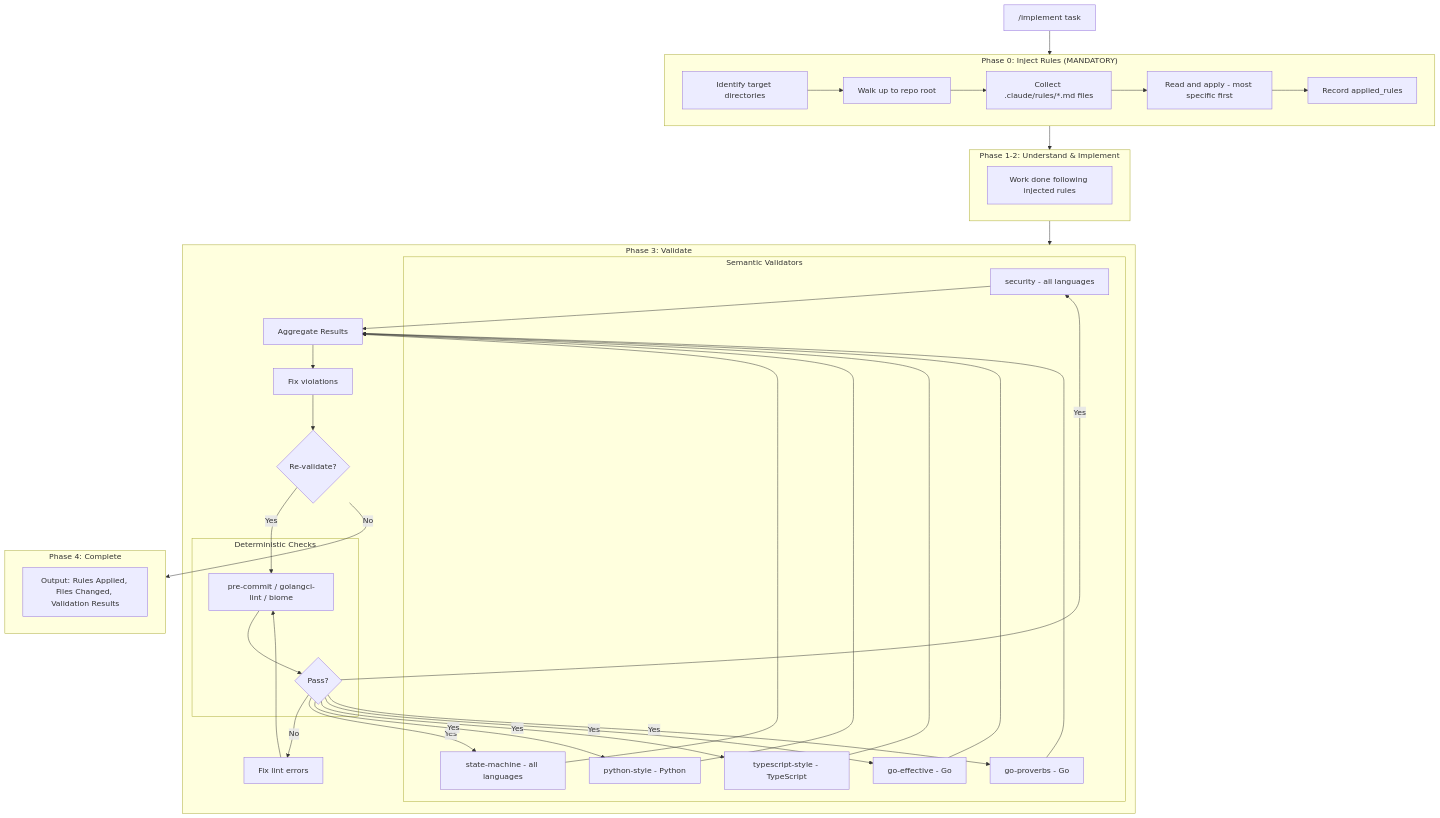
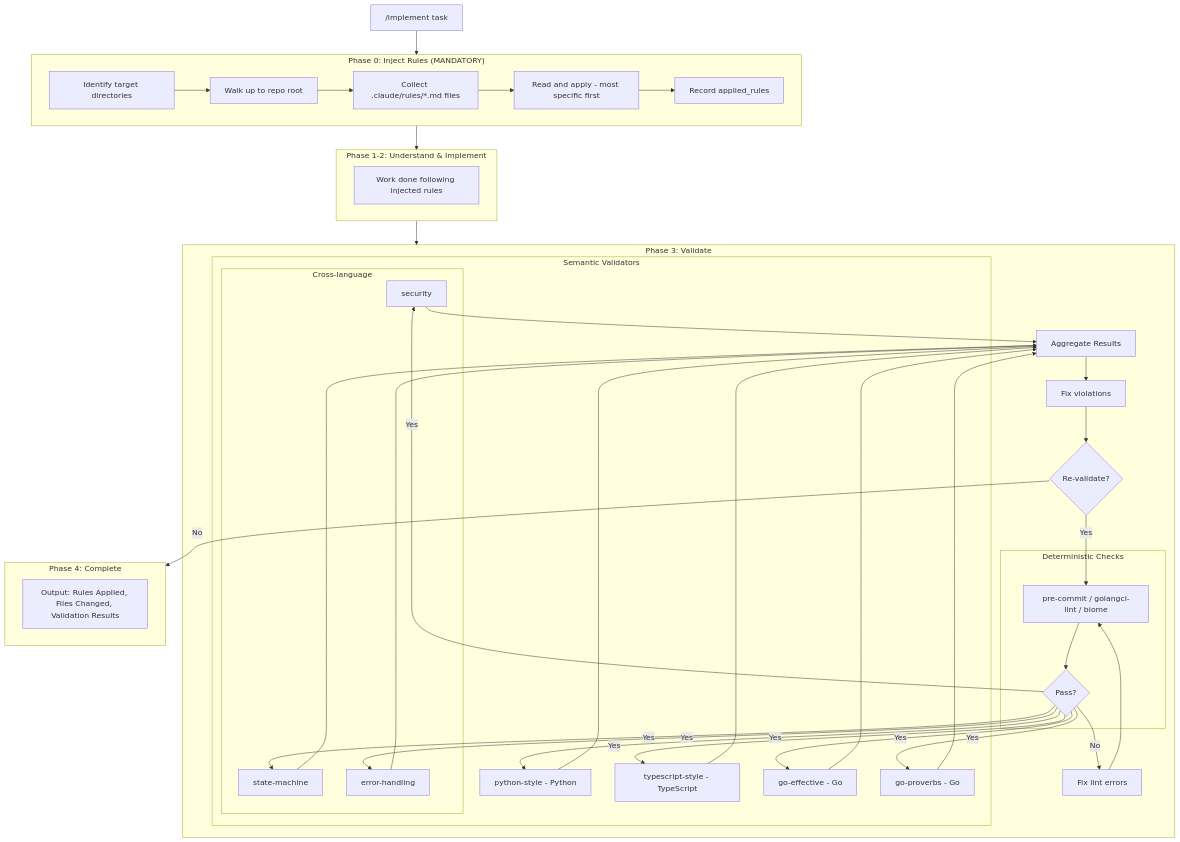
One commit to peteski22/agent-pragma changed the fourth of 7 diagrams in ARCHITECTURE.md. Above: the diagram before and after it, drawn with Mermaid. The commit also changed other lines of this file and 12 other files, not shown here.

First line of the commit message:
Add error-handling cross-language validator (#108)

````diff
--- a/ARCHITECTURE.md
+++ b/ARCHITECTURE.md
@@ -229,53 +234,56 @@
 ```mermaid
 flowchart TD
     subgraph Phase0["Phase 0: Inject Rules (MANDATORY)"]
         P0A[Identify target directories]
         P0B[Walk up to repo root]
         P0C[Collect .claude/rules/*.md files]
         P0D[Read and apply - most specific first]
         P0E[Record applied_rules]
         P0A --> P0B --> P0C --> P0D --> P0E
     end
 
     subgraph Phase12["Phase 1-2: Understand & Implement"]
         P12[Work done following injected rules]
     end
 
     subgraph Phase3["Phase 3: Validate"]
         subgraph Deterministic["Deterministic Checks"]
             Lint[pre-commit / golangci-lint / biome]
             LintFail{Pass?}
             Lint --> LintFail
         end
 
         subgraph Semantic["Semantic Validators"]
-            SecVal[security - all languages]
-            StmVal[state-machine - all languages]
+            subgraph CrossLang2["Cross-language"]
+                SecVal[security]
+                StmVal[state-machine]
+                ErrVal[error-handling]
+            end
             PyVal[python-style - Python]
             TSVal[typescript-style - TypeScript]
             GoEff[go-effective - Go]
             GoProv[go-proverbs - Go]
         end
 
         Agg[Aggregate Results]
         Fix[Fix violations]
         ReVal{Re-validate?}
 
         LintFail -->|No| FixLint[Fix lint errors]
         FixLint --> Lint
-        LintFail -->|Yes| SecVal & StmVal & PyVal & TSVal & GoEff & GoProv
-        SecVal & StmVal & PyVal & TSVal & GoEff & GoProv --> Agg
+        LintFail -->|Yes| SecVal & StmVal & ErrVal & PyVal & TSVal & GoEff & GoProv
+        SecVal & StmVal & ErrVal & PyVal & TSVal & GoEff & GoProv --> Agg
         Agg --> Fix
         Fix --> ReVal
         ReVal -->|Yes| Lint
     end
 
     subgraph Phase4["Phase 4: Complete"]
         Output[Output: Rules Applied, Files Changed, Validation Results]
     end
 
     Start["/implement task"] --> Phase0
     Phase0 --> Phase12
     Phase12 --> Phase3
     ReVal -->|No| Phase4
 ```
````
